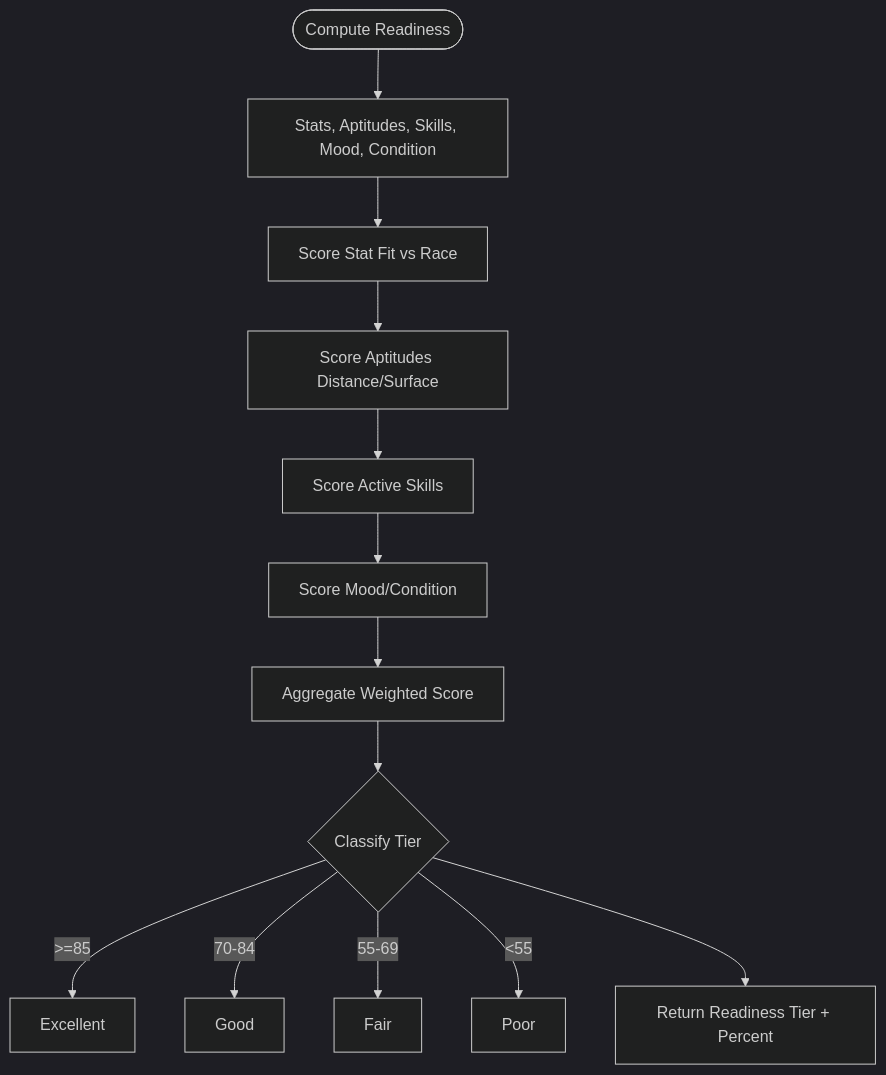
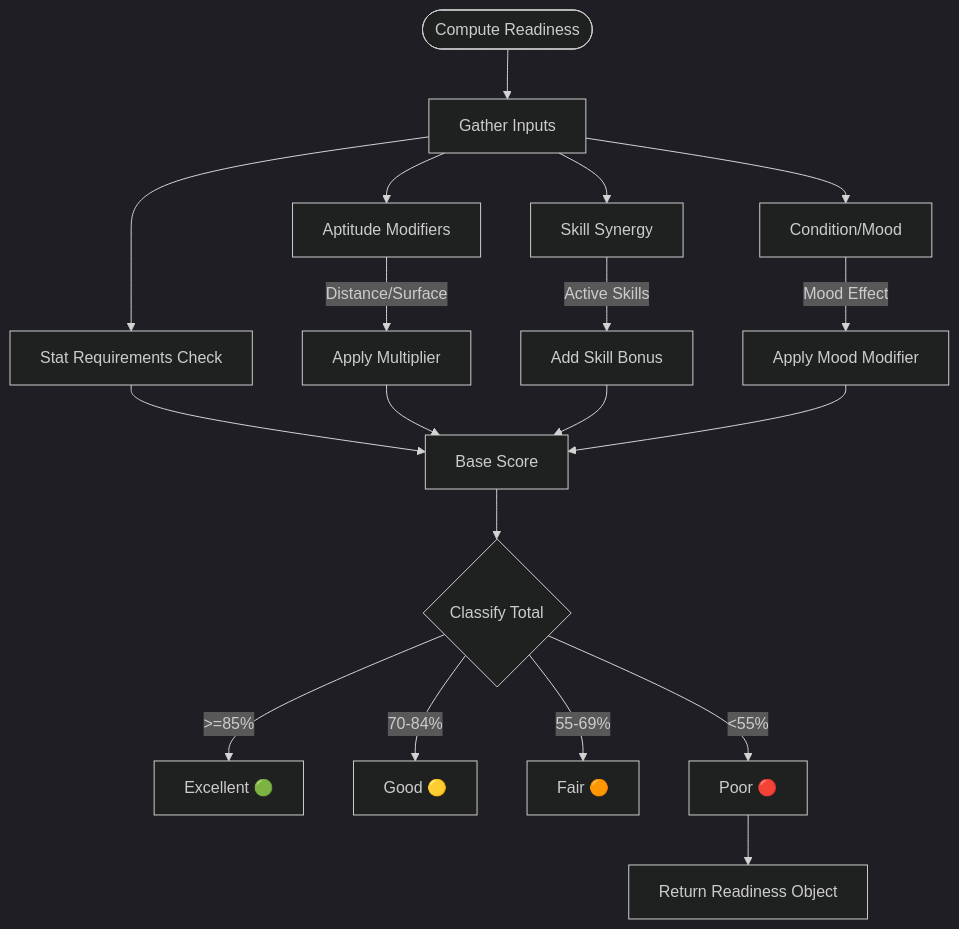
Before and after one commit to exatfrds67/umamusume-career-planner: the sixth of 7 diagrams in docs/01-flows/FLOW-001_Character_Management_System.md, drawn with Mermaid (dark theme). The commit also changed other lines of this file and 67 other files, not shown here.

````diff
--- a/docs/01-flows/FLOW-001_Character_Management_System.md
+++ b/docs/01-flows/FLOW-001_Character_Management_System.md
@@ -109,15 +200,29 @@
 ```mermaid
 flowchart TD
-    Start([Compute Readiness]) --> GatherInputs[Stats, Aptitudes, Skills, Mood, Condition]
-    GatherInputs --> ScoreStats[Score Stat Fit vs Race]
-    ScoreStats --> ScoreApt[Score Aptitudes Distance/Surface]
-    ScoreApt --> ScoreSkills[Score Active Skills]
-    ScoreSkills --> ScoreForm[Score Mood/Condition]
-    ScoreForm --> Aggregate[Aggregate Weighted Score]
-    Aggregate --> Classify{Classify Tier}
-    Classify -->|>=85| Excellent
-    Classify -->|70-84| Good
-    Classify -->|55-69| Fair
-    Classify -->|<55| Poor
-    Classify --> ReturnTier[Return Readiness Tier + Percent]
+    Start([Compute Readiness]) --> Inputs[Gather Inputs]
+    
+    Inputs --> Step1[Stat Requirements Check]
+    Inputs --> Step2[Aptitude Modifiers]
+    Inputs --> Step3[Skill Synergy]
+    Inputs --> Step4[Condition/Mood]
+    
+    Step1 --> Score[Base Score]
+    
+    Step2 -->|Distance/Surface| ModifyScore[Apply Multiplier]
+    ModifyScore --> Score
+    
+    Step3 -->|Active Skills| AddBonus[Add Skill Bonus]
+    AddBonus --> Score
+    
+    Step4 -->|Mood Effect| ApplyMood[Apply Mood Modifier]
+    ApplyMood --> Score
+    
+    Score --> Classify{Classify Total}
+    
+    Classify -->|>=85%| Excellent[Excellent 🟢]
+    Classify -->|70-84%| Good[Good 🟡]
+    Classify -->|55-69%| Fair[Fair 🟠]
+    Classify -->|<55%| Poor[Poor 🔴]
+    
+    Poor --> Return[Return Readiness Object]
 ```
````
